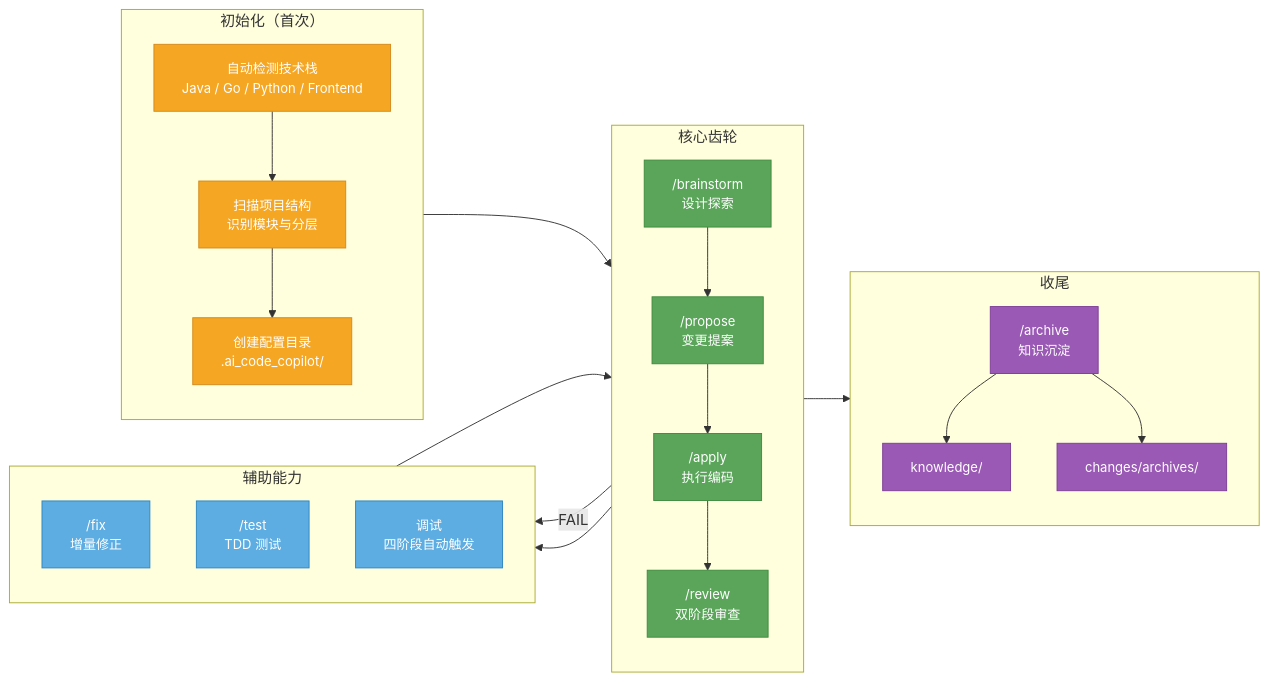
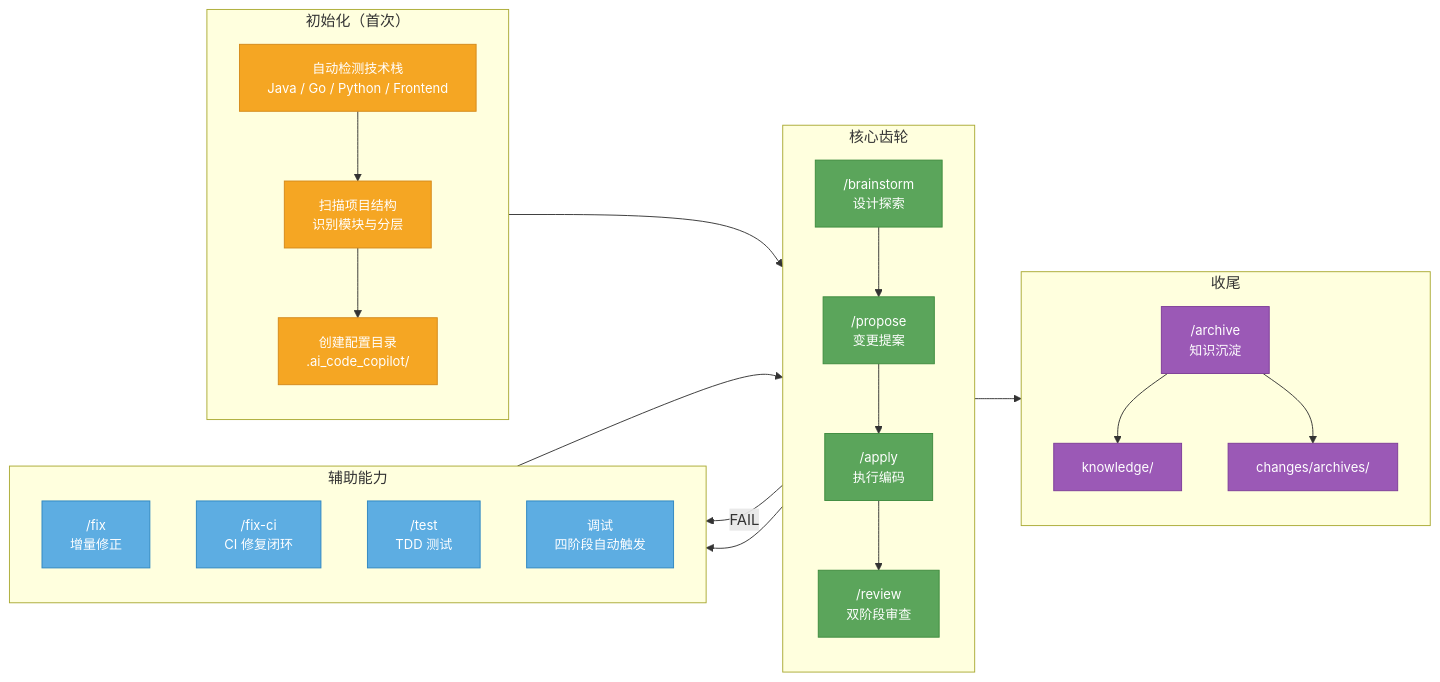
Before and after one commit to ting2tao/ai-code-copilot: the diagram in README.md, drawn with Mermaid. The commit also changed other lines of this file and 8 other files, not shown here.

````diff
--- a/README.md
+++ b/README.md
@@ -44,51 +44,52 @@
 ```mermaid
 flowchart LR
     subgraph Init ["  初始化（首次）"]
         direction TB
         I1["自动检测技术栈<br/>Java / Go / Python / Frontend"]
         I2["扫描项目结构<br/>识别模块与分层"]
         I3["创建配置目录<br/>.ai_code_copilot/"]
         I1 --> I2 --> I3
     end
 
     subgraph Gears ["  核心齿轮"]
         direction TB
         Brain["/brainstorm<br/>设计探索"]
         Spec["/propose<br/>变更提案"]
         Code["/apply<br/>执行编码"]
         Check["/review<br/>双阶段审查"]
         Brain --> Spec --> Code --> Check
     end
 
     subgraph Side ["  辅助能力"]
         direction TB
         Fix["/fix<br/>增量修正"]
+        FixCI["/fix-ci<br/>CI 修复闭环"]
         Test["/test<br/>TDD 测试"]
         Debug["调试<br/>四阶段自动触发"]
     end
 
     subgraph Final ["  收尾"]
         direction TB
         Archive["/archive<br/>知识沉淀"]
         Knowledge["knowledge/"]
         Archives["changes/archives/"]
         Archive --> Knowledge
         Archive --> Archives
     end
 
     Init --> Gears
     Check -->|"FAIL"| Fix
     Fix --> Check
     Gears --> Side
     Gears --> Final
 
     classDef gear fill:#5BA55B,stroke:#3D8B3D,color:#fff,font-size:14px
     classDef side fill:#5DADE2,stroke:#2E86C1,color:#fff,font-size:14px
     classDef final fill:#9B59B6,stroke:#7D3C98,color:#fff,font-size:14px
     classDef init fill:#F5A623,stroke:#D4891A,color:#fff,font-size:14px
 
     class Brain,Spec,Code,Check gear
-    class Fix,Test,Debug side
+    class Fix,FixCI,Test,Debug side
     class Archive,Knowledge,Archives final
     class I1,I2,I3 init
 ```
````
